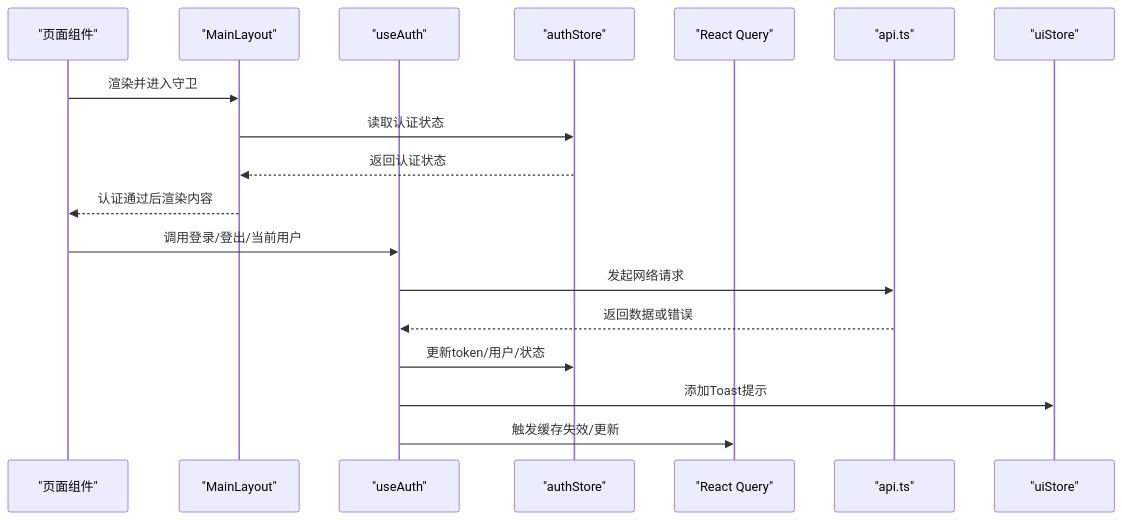
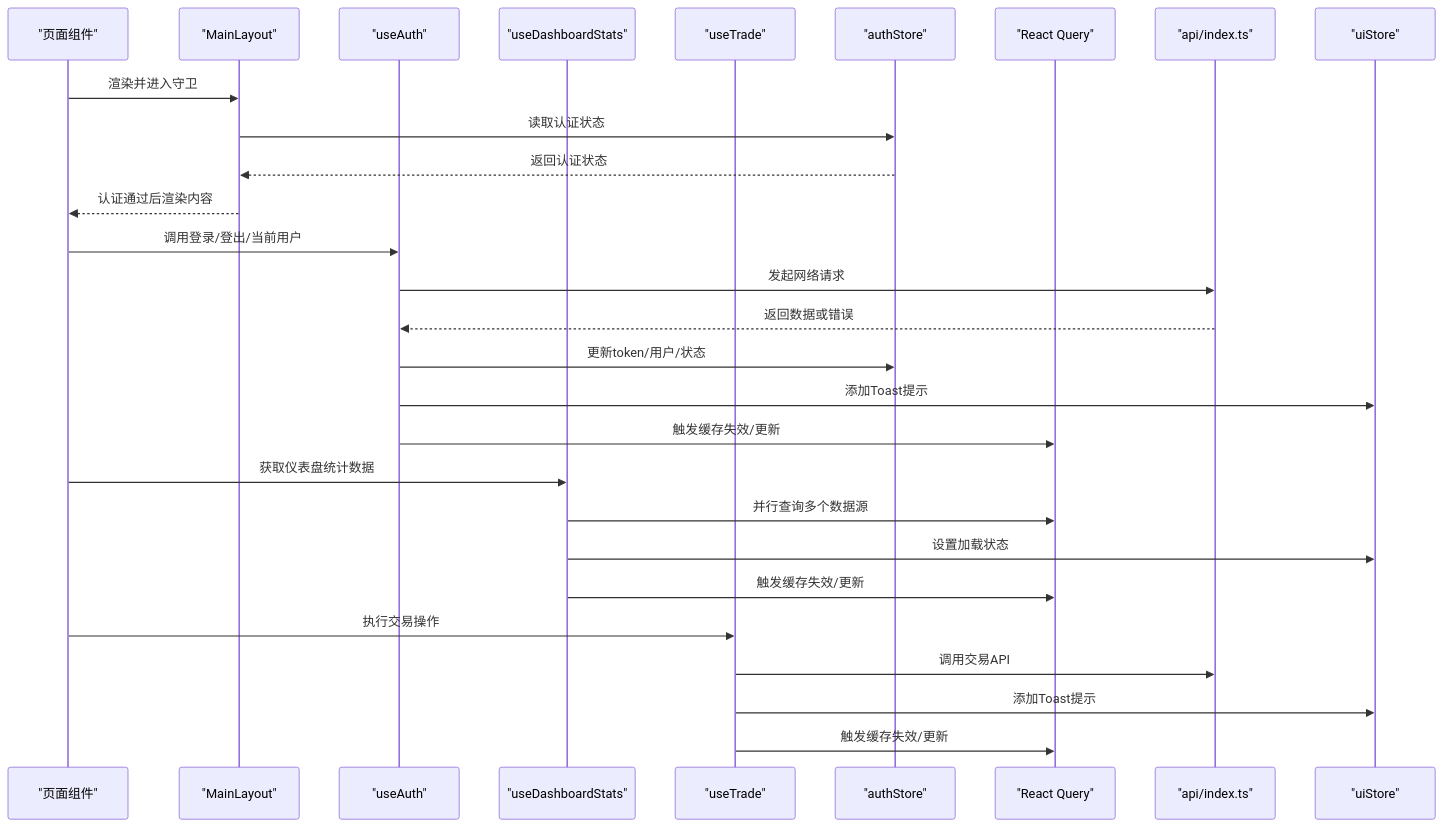
One commit to gujialind/InvestRing changed the second of 11 diagrams in .qoder/repowiki/zh/content/前端应用架构/状态管理策略/状态管理策略.md. Above: the diagram before and after it, drawn with Mermaid. The commit also changed other lines of this file and 39 other files, not shown here.

````diff
--- a/.qoder/repowiki/zh/content/前端应用架构/状态管理策略/状态管理策略.md
+++ b/.qoder/repowiki/zh/content/前端应用架构/状态管理策略/状态管理策略.md
@@ -129,20 +166,30 @@
 ```mermaid
 sequenceDiagram
 participant Page as "页面组件"
 participant Layout as "MainLayout"
 participant AuthHook as "useAuth"
+participant DashboardHook as "useDashboardStats"
+participant TradeHook as "useTrade"
 participant AuthStore as "authStore"
 participant QueryClient as "React Query"
-participant API as "api.ts"
+participant APIClient as "api/index.ts"
 participant UIStore as "uiStore"
 Page->>Layout : 渲染并进入守卫
 Layout->>AuthStore : 读取认证状态
 AuthStore-->>Layout : 返回认证状态
 Layout-->>Page : 认证通过后渲染内容
 Page->>AuthHook : 调用登录/登出/当前用户
-AuthHook->>API : 发起网络请求
-API-->>AuthHook : 返回数据或错误
+AuthHook->>APIClient : 发起网络请求
+APIClient-->>AuthHook : 返回数据或错误
 AuthHook->>AuthStore : 更新token/用户/状态
 AuthHook->>UIStore : 添加Toast提示
 AuthHook->>QueryClient : 触发缓存失效/更新
+Page->>DashboardHook : 获取仪表盘统计数据
+DashboardHook->>QueryClient : 并行查询多个数据源
+DashboardHook->>UIStore : 设置加载状态
+DashboardHook->>QueryClient : 触发缓存失效/更新
+Page->>TradeHook : 执行交易操作
+TradeHook->>APIClient : 调用交易API
+TradeHook->>UIStore : 添加Toast提示
+TradeHook->>QueryClient : 触发缓存失效/更新
 ```
````
